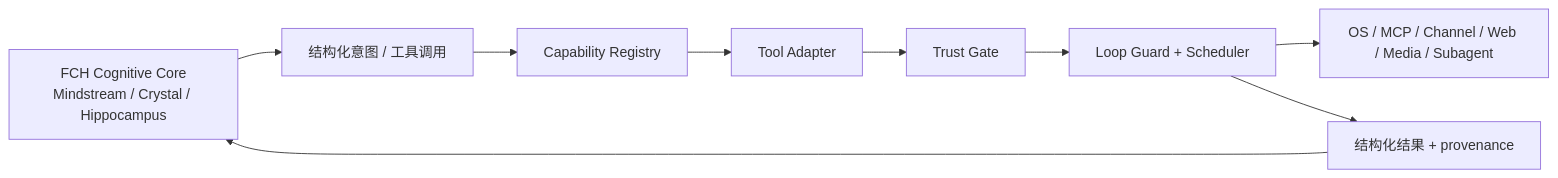
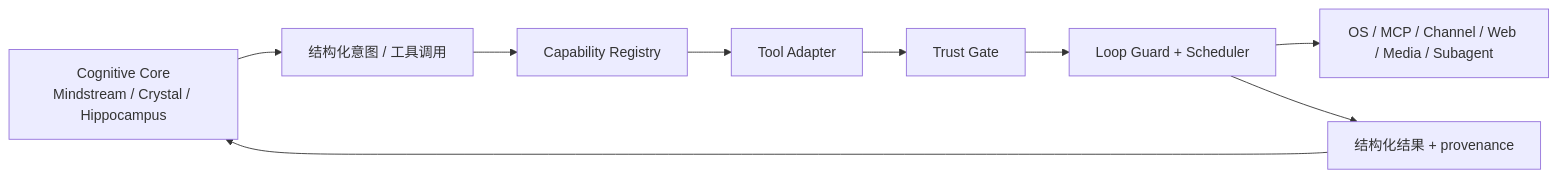
Before and after one commit to flyflor/flyflor: the diagram in docs/cttl.exoskeleton.md, drawn with Mermaid. The commit also changed other lines of this file and 47 other files, not shown here.

````diff
--- a/docs/cttl.exoskeleton.md
+++ b/docs/cttl.exoskeleton.md
@@ -120,11 +134,11 @@
 ```mermaid
 flowchart LR
-    F["FCH Cognitive Core<br/>Mindstream / Crystal / Hippocampus"] --> Plan["结构化意图 / 工具调用"]
+    F["Cognitive Core<br/>Mindstream / Crystal / Hippocampus"] --> Plan["结构化意图 / 工具调用"]
     Plan --> C["Capability Registry"]
     C --> T["Tool Adapter"]
     T --> Trust["Trust Gate"]
     Trust --> Loop["Loop Guard + Scheduler"]
     Loop --> World["OS / MCP / Channel / Web / Media / Subagent"]
     Loop --> Result["结构化结果 + provenance"]
     Result --> F
 ```
````
